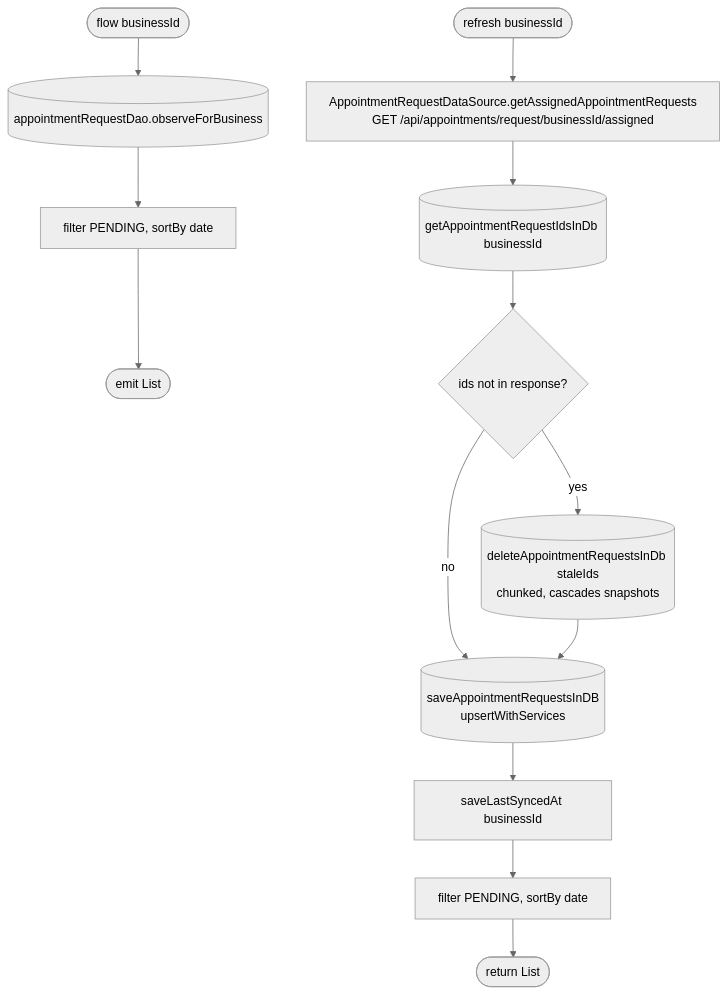
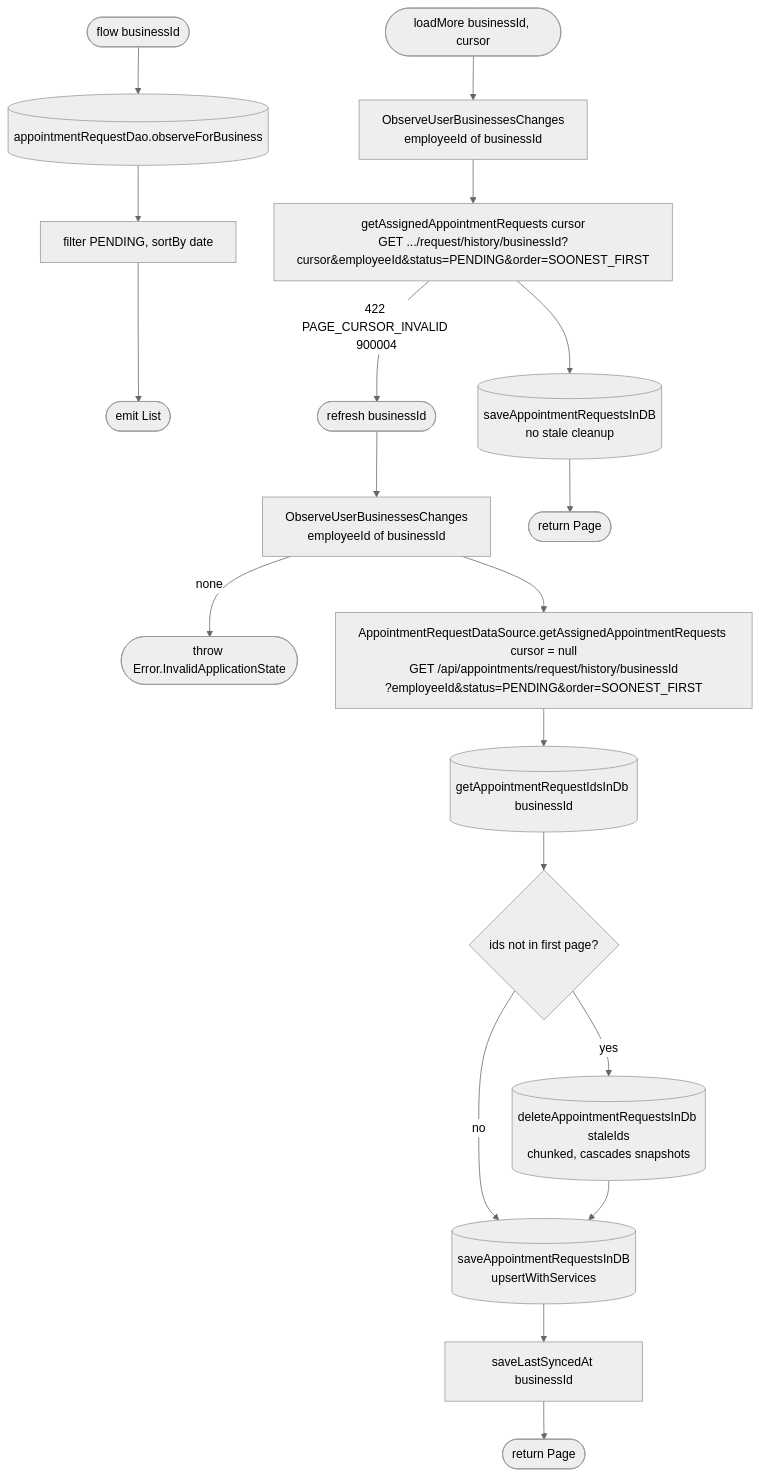
Before and after one commit to nocturneproperties/bookkme-client: the diagram in docs/operations/appointments/get-assigned-appointment-requests.md, drawn with Mermaid (neutral theme). The commit also changed other lines of this file and 33 other files, not shown here.

````diff
--- a/docs/operations/appointments/get-assigned-appointment-requests.md
+++ b/docs/operations/appointments/get-assigned-appointment-requests.md
@@ -16,14 +28,22 @@
 ```mermaid
 flowchart TD
     F([flow businessId]) --> Obs[(appointmentRequestDao.observeForBusiness)]
     Obs --> Filt1[filter PENDING, sortBy date] --> FR([emit List])
 
-    R([refresh businessId]) --> Net[AppointmentRequestDataSource.getAssignedAppointmentRequests<br/>GET /api/appointments/request/businessId/assigned]
+    R([refresh businessId]) --> Emp[ObserveUserBusinessesChanges<br/>employeeId of businessId]
+    Emp -- none --> Inv([throw Error.InvalidApplicationState])
+    Emp --> Net[AppointmentRequestDataSource.getAssignedAppointmentRequests cursor = null<br/>GET /api/appointments/request/history/businessId<br/>?employeeId&status=PENDING&order=SOONEST_FIRST]
     Net --> Ids[(getAppointmentRequestIdsInDb businessId)]
-    Ids --> Stale{ids not in response?}
+    Ids --> Stale{ids not in first page?}
     Stale -- yes --> Del[(deleteAppointmentRequestsInDb staleIds<br/>chunked, cascades snapshots)]
     Stale -- no --> Save
     Del --> Save[(saveAppointmentRequestsInDB<br/>upsertWithServices)]
     Save --> Mark[saveLastSyncedAt businessId]
-    Mark --> Filt2[filter PENDING, sortBy date] --> RR([return List])
+    Mark --> RR([return Page])
+
+    M([loadMore businessId, cursor]) --> Emp2[ObserveUserBusinessesChanges<br/>employeeId of businessId]
+    Emp2 --> Net2[getAssignedAppointmentRequests cursor<br/>GET .../request/history/businessId?cursor&employeeId&status=PENDING&order=SOONEST_FIRST]
+    Net2 -- 422 PAGE_CURSOR_INVALID 900004 --> R
+    Net2 --> Save2[(saveAppointmentRequestsInDB<br/>no stale cleanup)]
+    Save2 --> MR([return Page])
 ```
````
